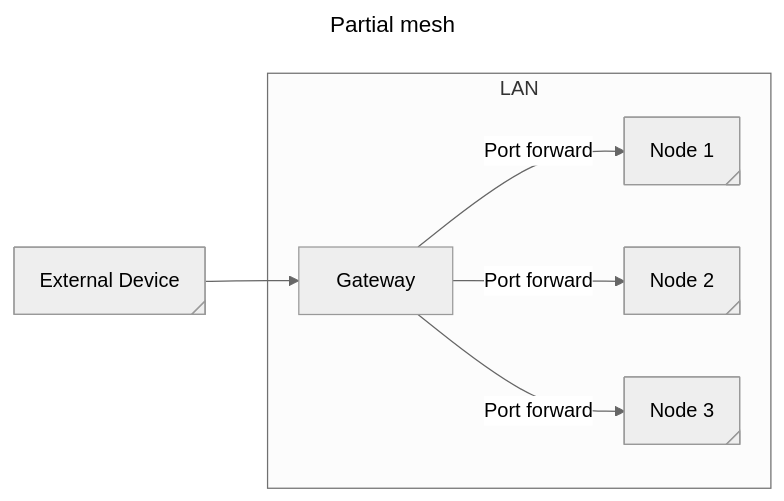
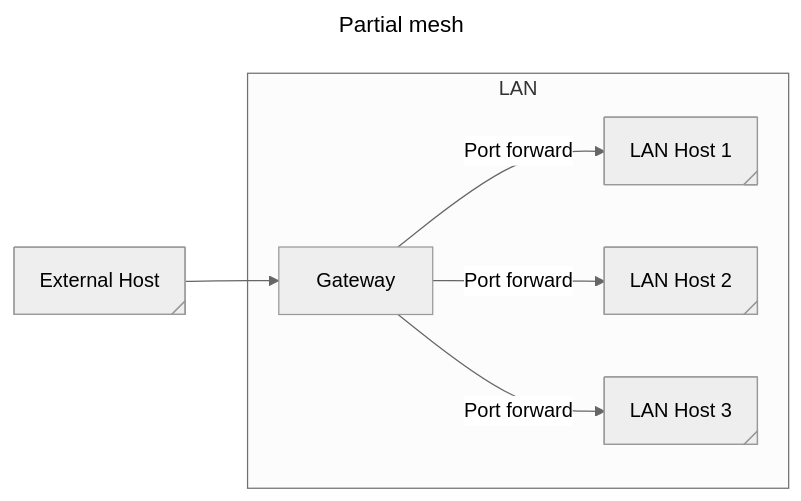
Before and after one commit to j-krl/blog: the first of 5 diagrams in _posts/2026-05-08-hub-and-spoke-architecture.md, drawn with Mermaid (neutral theme). The commit also changed other lines of this file, not shown here.

Commit message:
diagrams are chefs kiss

```diff
--- a/_posts/2026-05-08-hub-and-spoke-architecture.md
+++ b/_posts/2026-05-08-hub-and-spoke-architecture.md
@@ -13,17 +13,17 @@
 <pre class="mermaid" style="text-align: center;">
 ---
 title: Partial mesh
 ---
 flowchart LR
-    ED@{shape: tag-rect, label: "External Device"}
+    ED@{shape: tag-rect, label: "External Host"}
     ED --> Gateway
-    Gateway -->|Port forward| n1@{ shape: tag-rect, label: "Node 1"}
-    Gateway -->|Port forward| n2@{ shape: tag-rect, label: "Node 2"}
-    Gateway -->|Port forward| n3@{ shape: tag-rect, label: "Node 3"}
+    Gateway -->|Port forward| n1@{ shape: tag-rect, label: "LAN Host 1"}
+    Gateway -->|Port forward| n2@{ shape: tag-rect, label: "LAN Host 2"}
+    Gateway -->|Port forward| n3@{ shape: tag-rect, label: "LAN Host 3"}
     subgraph LAN
         Gateway
         n1
         n2
         n3
     end
 </pre>
```
